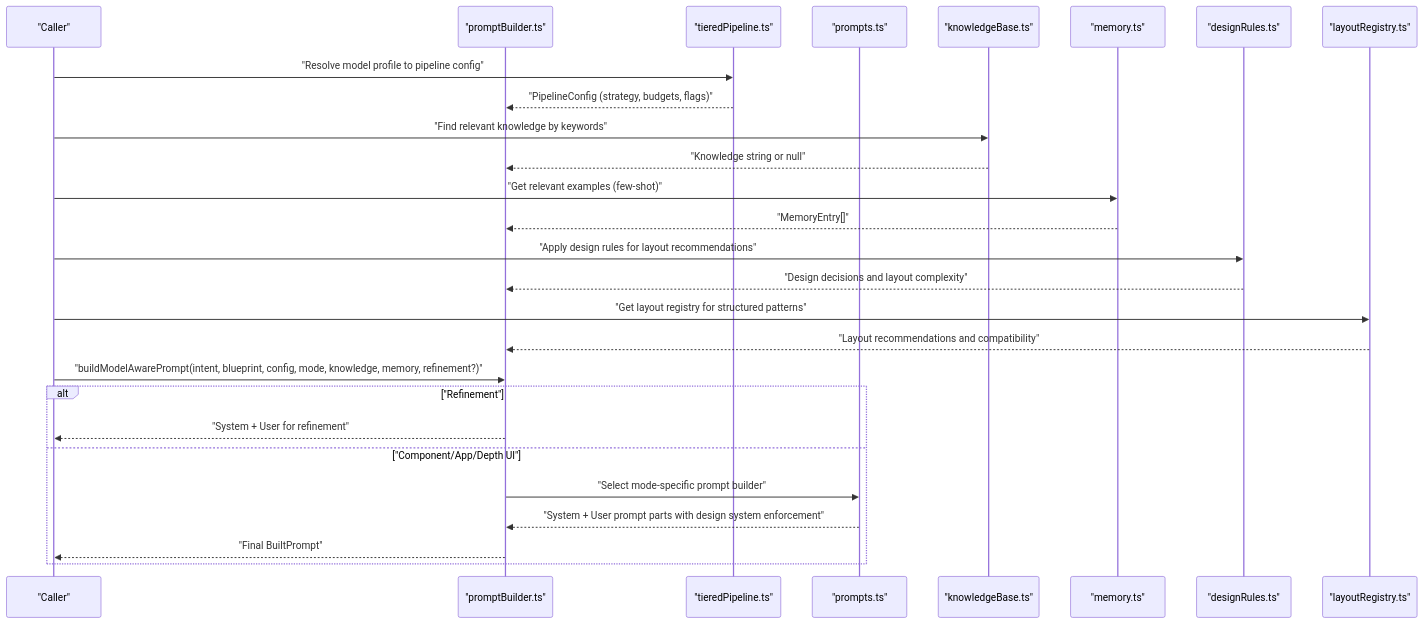
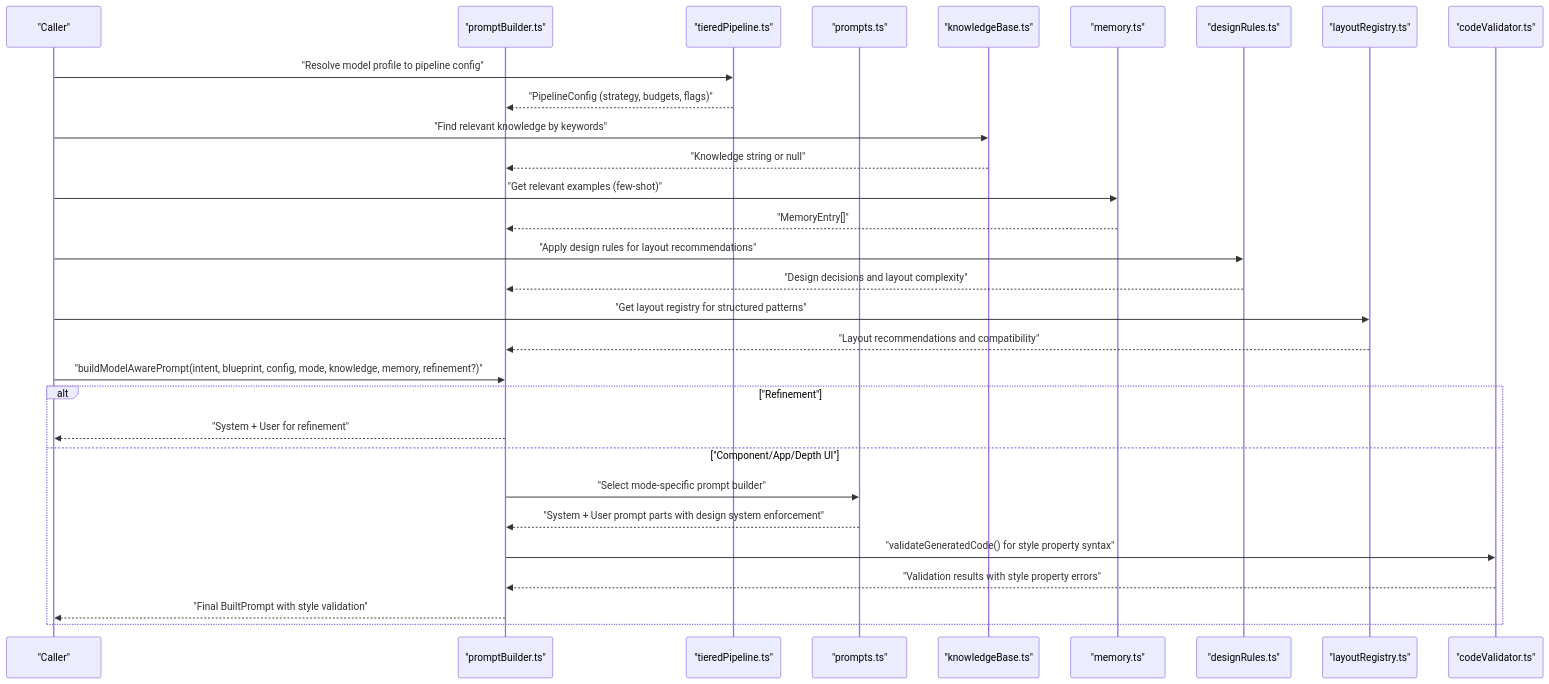
One commit to shekhargiri005-dotcom/AI-powered-accessibility-first-UI-engine changed the second of 12 diagrams in .qoder/repowiki/en/content/AI Generation Engine/Core Generation Pipeline/Prompt Engineering & Context Injection.md. Above: the diagram before and after it, drawn with Mermaid. The commit also changed other lines of this file and 8 other files, not shown here.

````diff
--- a/.qoder/repowiki/en/content/AI Generation Engine/Core Generation Pipeline/Prompt Engineering & Context Injection.md
+++ b/.qoder/repowiki/en/content/AI Generation Engine/Core Generation Pipeline/Prompt Engineering & Context Injection.md
@@ -158,29 +173,32 @@
 ```mermaid
 sequenceDiagram
 participant Client as "Caller"
 participant PB as "promptBuilder.ts"
 participant TP as "tieredPipeline.ts"
 participant PT as "prompts.ts"
 participant KB as "knowledgeBase.ts"
 participant MEM as "memory.ts"
 participant DR as "designRules.ts"
 participant LR as "layoutRegistry.ts"
+participant CV as "codeValidator.ts"
 Client->>TP : "Resolve model profile to pipeline config"
 TP-->>PB : "PipelineConfig (strategy, budgets, flags)"
 Client->>KB : "Find relevant knowledge by keywords"
 KB-->>PB : "Knowledge string or null"
 Client->>MEM : "Get relevant examples (few-shot)"
 MEM-->>PB : "MemoryEntry[]"
 Client->>DR : "Apply design rules for layout recommendations"
 DR-->>PB : "Design decisions and layout complexity"
 Client->>LR : "Get layout registry for structured patterns"
 LR-->>PB : "Layout recommendations and compatibility"
 Client->>PB : "buildModelAwarePrompt(intent, blueprint, config, mode, knowledge, memory, refinement?)"
 alt "Refinement"
 PB-->>Client : "System + User for refinement"
 else "Component/App/Depth UI"
 PB->>PT : "Select mode-specific prompt builder"
 PT-->>PB : "System + User prompt parts with design system enforcement"
-PB-->>Client : "Final BuiltPrompt"
+PB->>CV : "validateGeneratedCode() for style property syntax"
+CV-->>PB : "Validation results with style property errors"
+PB-->>Client : "Final BuiltPrompt with style validation"
 end
 ```
````
